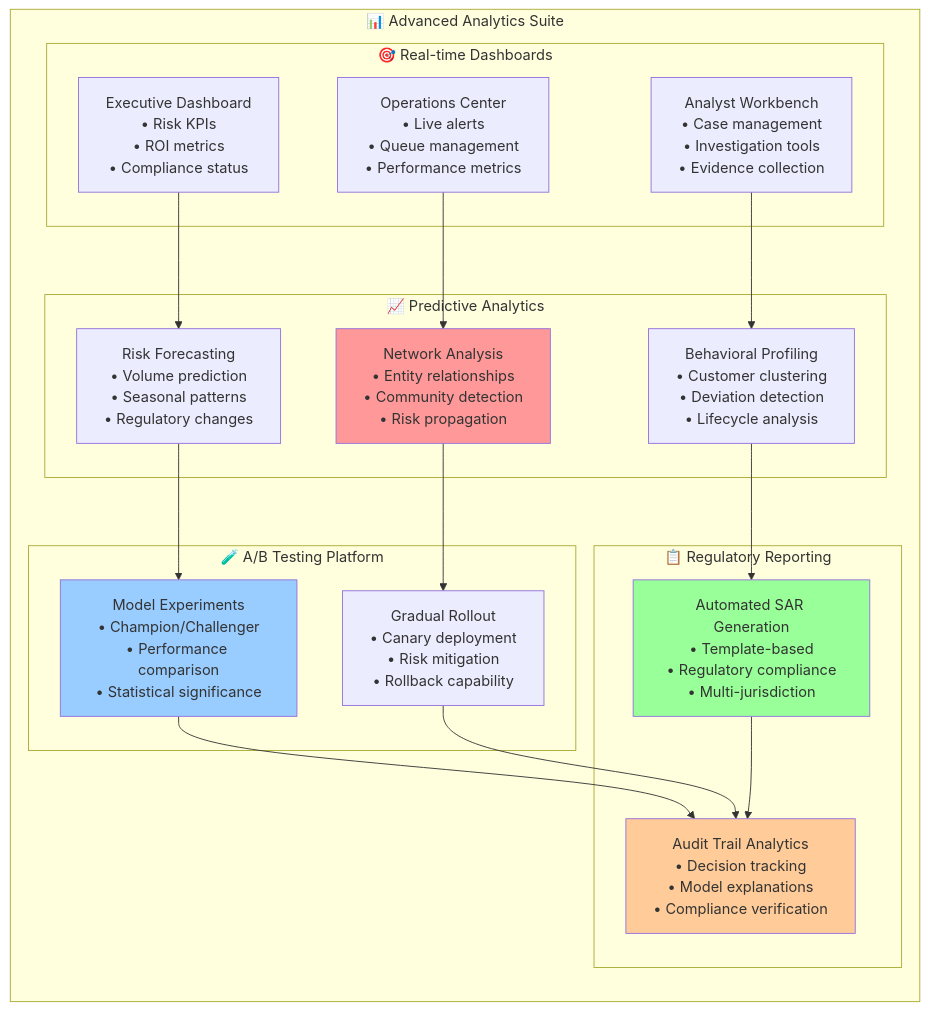
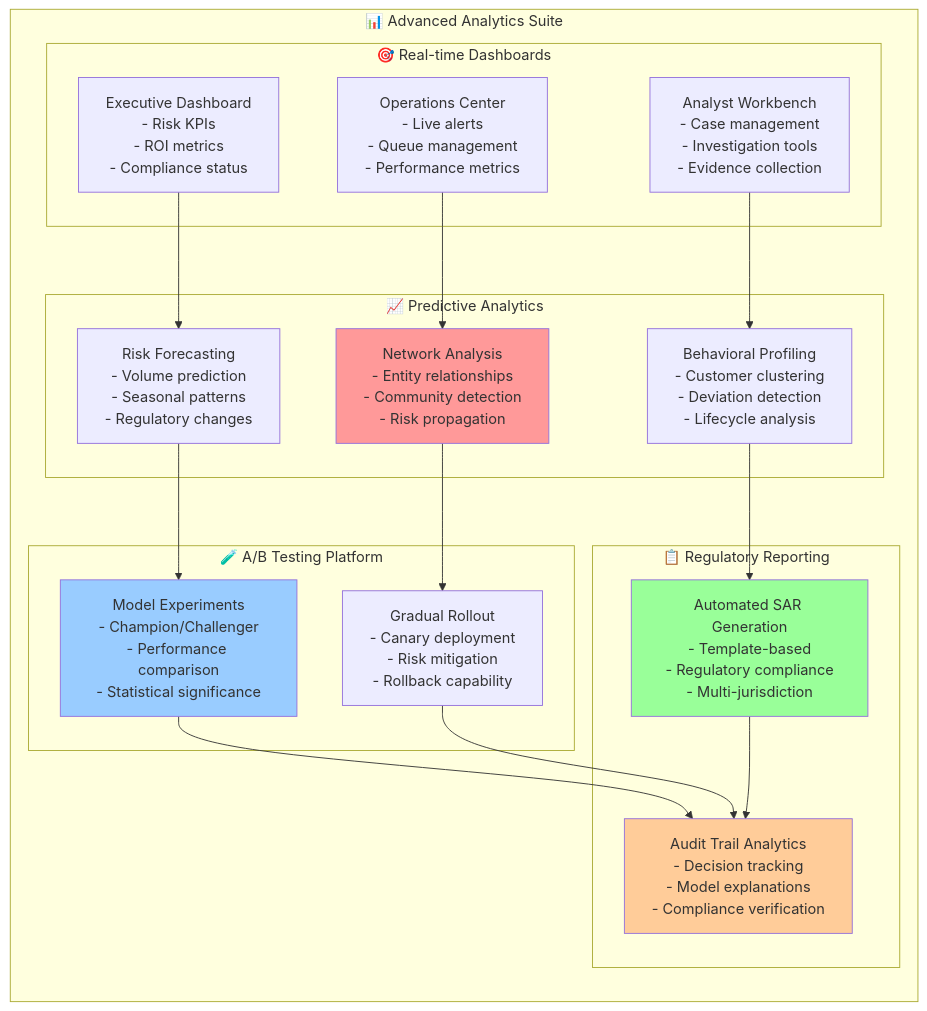
The eighth of 11 diagrams in README.md (gregorizeidler-cw/LavandowskI-Chatbot), drawn with Mermaid before and after one commit. The commit also changed other lines of this file, not shown here.

````diff
--- a/README.md
+++ b/README.md
@@ -1305,43 +1305,43 @@
 ```mermaid
 graph LR
     subgraph "📊 Advanced Analytics Suite"
         subgraph "🎯 Real-time Dashboards"
-            EXEC[Executive Dashboard<br/>• Risk KPIs<br/>• ROI metrics<br/>• Compliance status]
-            OPS[Operations Center<br/>• Live alerts<br/>• Queue management<br/>• Performance metrics]
-            ANALYST[Analyst Workbench<br/>• Case management<br/>• Investigation tools<br/>• Evidence collection]
+            EXEC[Executive Dashboard<br/>- Risk KPIs<br/>- ROI metrics<br/>- Compliance status]
+            OPS[Operations Center<br/>- Live alerts<br/>- Queue management<br/>- Performance metrics]
+            ANALYST[Analyst Workbench<br/>- Case management<br/>- Investigation tools<br/>- Evidence collection]
         end
         
         subgraph "📈 Predictive Analytics"
-            FORECAST[Risk Forecasting<br/>• Volume prediction<br/>• Seasonal patterns<br/>• Regulatory changes]
-            NETWORK[Network Analysis<br/>• Entity relationships<br/>• Community detection<br/>• Risk propagation]
-            BEHAVIORAL[Behavioral Profiling<br/>• Customer clustering<br/>• Deviation detection<br/>• Lifecycle analysis]
+            FORECAST[Risk Forecasting<br/>- Volume prediction<br/>- Seasonal patterns<br/>- Regulatory changes]
+            NETWORK[Network Analysis<br/>- Entity relationships<br/>- Community detection<br/>- Risk propagation]
+            BEHAVIORAL[Behavioral Profiling<br/>- Customer clustering<br/>- Deviation detection<br/>- Lifecycle analysis]
         end
         
         subgraph "🧪 A/B Testing Platform"
-            EXPERIMENTS[Model Experiments<br/>• Champion/Challenger<br/>• Performance comparison<br/>• Statistical significance]
-            ROLLOUT[Gradual Rollout<br/>• Canary deployment<br/>• Risk mitigation<br/>• Rollback capability]
+            EXPERIMENTS[Model Experiments<br/>- Champion/Challenger<br/>- Performance comparison<br/>- Statistical significance]
+            ROLLOUT[Gradual Rollout<br/>- Canary deployment<br/>- Risk mitigation<br/>- Rollback capability]
         end
         
         subgraph "📋 Regulatory Reporting"
-            AUTO_SAR[Automated SAR Generation<br/>• Template-based<br/>• Regulatory compliance<br/>• Multi-jurisdiction]
-            AUDIT[Audit Trail Analytics<br/>• Decision tracking<br/>• Model explanations<br/>• Compliance verification]
+            AUTO_SAR[Automated SAR Generation<br/>- Template-based<br/>- Regulatory compliance<br/>- Multi-jurisdiction]
+            AUDIT[Audit Trail Analytics<br/>- Decision tracking<br/>- Model explanations<br/>- Compliance verification]
         end
     end
     
     EXEC --> FORECAST
     OPS --> NETWORK
     ANALYST --> BEHAVIORAL
     
     FORECAST --> EXPERIMENTS
     NETWORK --> ROLLOUT
     BEHAVIORAL --> AUTO_SAR
     
     EXPERIMENTS --> AUDIT
     ROLLOUT --> AUDIT
     AUTO_SAR --> AUDIT
     
     style NETWORK fill:#ff9999
     style EXPERIMENTS fill:#99ccff
     style AUTO_SAR fill:#99ff99
     style AUDIT fill:#ffcc99
 ```
````
